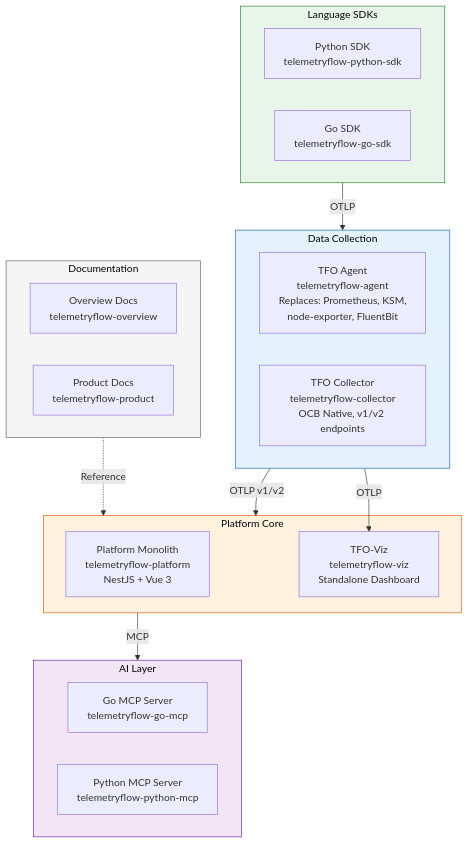
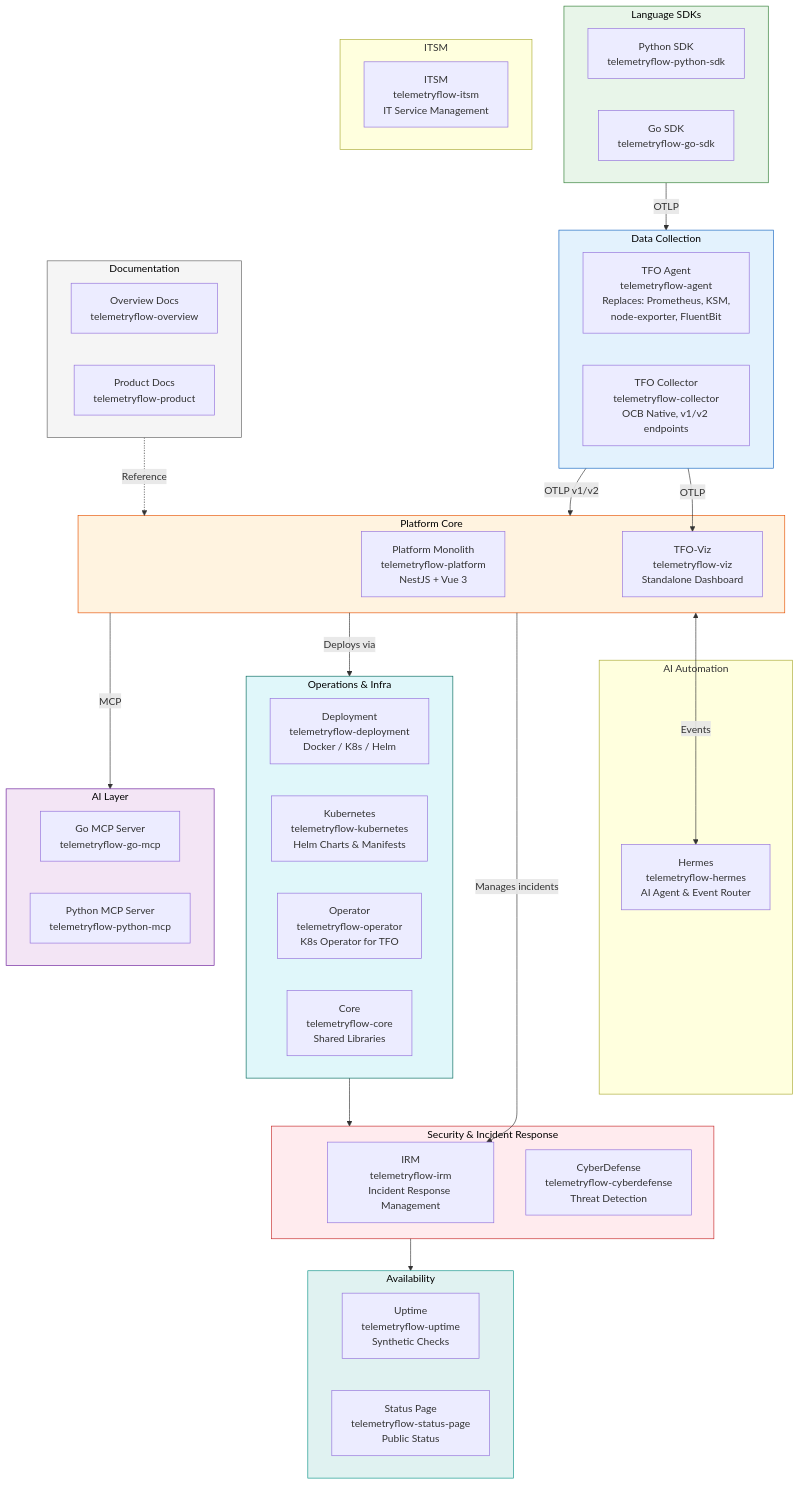
One commit to telemetryflow/.github changed the second of 18 diagrams in README.md. Above: the diagram before and after it, drawn with Mermaid. The commit also changed other lines of this file and 19 other files, not shown here.

````diff
--- a/README.md
+++ b/README.md
@@ -75,39 +142,72 @@
 ```mermaid
 graph TB
     subgraph SDKs["Language SDKs"]
         PYSDK["Python SDK<br/>telemetryflow-python-sdk"]
         GOSDK["Go SDK<br/>telemetryflow-go-sdk"]
     end
 
     subgraph Collection["Data Collection"]
         AGENT["TFO Agent<br/>telemetryflow-agent<br/>Replaces: Prometheus, KSM,<br/>node-exporter, FluentBit"]
         COLLECTOR["TFO Collector<br/>telemetryflow-collector<br/>OCB Native, v1/v2 endpoints"]
     end
 
     subgraph Platform["Platform Core"]
         MONO["Platform Monolith<br/>telemetryflow-platform<br/>NestJS + Vue 3"]
         VIZ["TFO-Viz<br/>telemetryflow-viz<br/>Standalone Dashboard"]
     end
 
     subgraph AI["AI Layer"]
         GOMCP["Go MCP Server<br/>telemetryflow-go-mcp"]
         PYMCP["Python MCP Server<br/>telemetryflow-python-mcp"]
     end
 
+    subgraph Ops["Operations & Infra"]
+        DEPLOY["Deployment<br/>telemetryflow-deployment<br/>Docker / K8s / Helm"]
+        K8S["Kubernetes<br/>telemetryflow-kubernetes<br/>Helm Charts & Manifests"]
+        OPERATOR["Operator<br/>telemetryflow-operator<br/>K8s Operator for TFO"]
+        CORE["Core<br/>telemetryflow-core<br/>Shared Libraries"]
+    end
+
+    subgraph Security["Security & Incident Response"]
+        IRM["IRM<br/>telemetryflow-irm<br/>Incident Response Management"]
+        CYBER["CyberDefense<br/>telemetryflow-cyberdefense<br/>Threat Detection"]
+    end
+
+    subgraph Avail["Availability"]
+        UPTIME["Uptime<br/>telemetryflow-uptime<br/>Synthetic Checks"]
+        STPAGE["Status Page<br/>telemetryflow-status-page<br/>Public Status"]
+    end
+
+    subgraph AIAuto["AI Automation"]
+        HERMES["Hermes<br/>telemetryflow-hermes<br/>AI Agent & Event Router"]
+    end
+
+    subgraph ITSMG["ITSM"]
+        ITSM["ITSM<br/>telemetryflow-itsm<br/>IT Service Management"]
+    end
+
     subgraph Docs["Documentation"]
         OVERVIEW["Overview Docs<br/>telemetryflow-overview"]
         PRODUCT["Product Docs<br/>telemetryflow-product"]
     end
 
     SDKs -->|"OTLP"| Collection
     Collection -->|"OTLP v1/v2"| Platform
     Collection -->|"OTLP"| VIZ
     Platform -->|"MCP"| AI
+    Platform -->|"Deploys via"| Ops
+    Platform -->|"Manages incidents"| IRM
+    Platform <-->|"Events"| HERMES
+    Ops --> Security
+    Security --> Avail
     Docs -.->|"Reference"| Platform
 
     style SDKs fill:#e8f5e9,stroke:#2e7d32,color:#000
     style Collection fill:#e3f2fd,stroke:#1565c0,color:#000
     style Platform fill:#fff3e0,stroke:#e65100,color:#000
     style AI fill:#f3e5f5,stroke:#6a1b9a,color:#000
+    style Ops fill:#e0f7fa,stroke:#00695c,color:#000
+    style Security fill:#ffebee,stroke:#c62828,color:#000
+    style Avail fill:#e0f2f1,stroke:#0d9488,color:#000
     style Docs fill:#f5f5f5,stroke:#616161,color:#000
 ```
````
